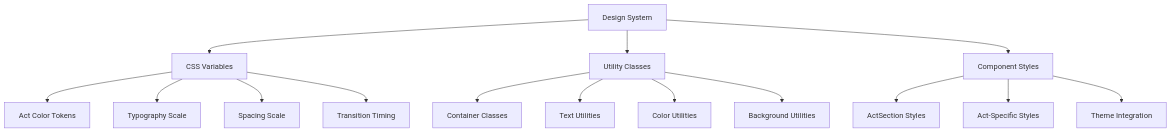
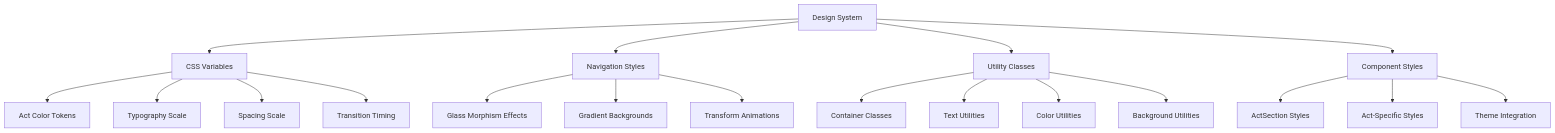
One commit to rakeshmaity271/frankie-picasso changed the fifth of 14 diagrams in .qoder/repowiki/en/content/Application Architecture.md. Above: the diagram before and after it, drawn with Mermaid. The commit also changed other lines of this file and 27 other files, not shown here.

````diff
--- a/.qoder/repowiki/en/content/Application Architecture.md
+++ b/.qoder/repowiki/en/content/Application Architecture.md
@@ -354,17 +504,21 @@
 ```mermaid
 graph TB
 DesignSystem["Design System"] --> Variables["CSS Variables"]
 Variables --> ActColors["Act Color Tokens"]
 Variables --> Typography["Typography Scale"]
 Variables --> Spacing["Spacing Scale"]
 Variables --> Transitions["Transition Timing"]
+DesignSystem --> NavigationStyles["Navigation Styles"]
+NavigationStyles --> GlassEffect["Glass Morphism Effects"]
+NavigationStyles --> GradientBG["Gradient Backgrounds"]
+NavigationStyles --> TransformAnim["Transform Animations"]
 DesignSystem --> Utilities["Utility Classes"]
 Utilities --> Containers["Container Classes"]
 Utilities --> TextUtils["Text Utilities"]
 Utilities --> ColorUtils["Color Utilities"]
 Utilities --> BackgroundUtils["Background Utilities"]
 DesignSystem --> Components["Component Styles"]
 Components --> ActSectionStyles["ActSection Styles"]
 Components --> ActSpecificStyles["Act-Specific Styles"]
 Components --> ThemeIntegration["Theme Integration"]
 ```
````
